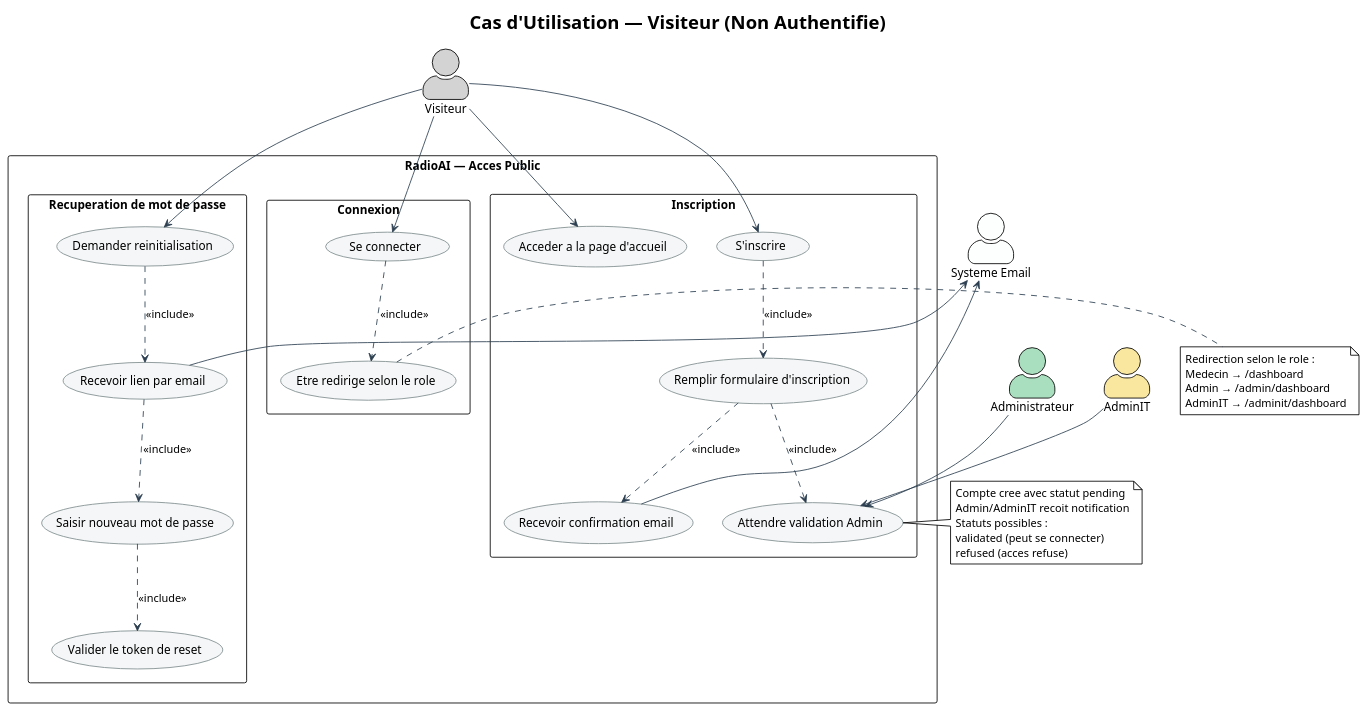
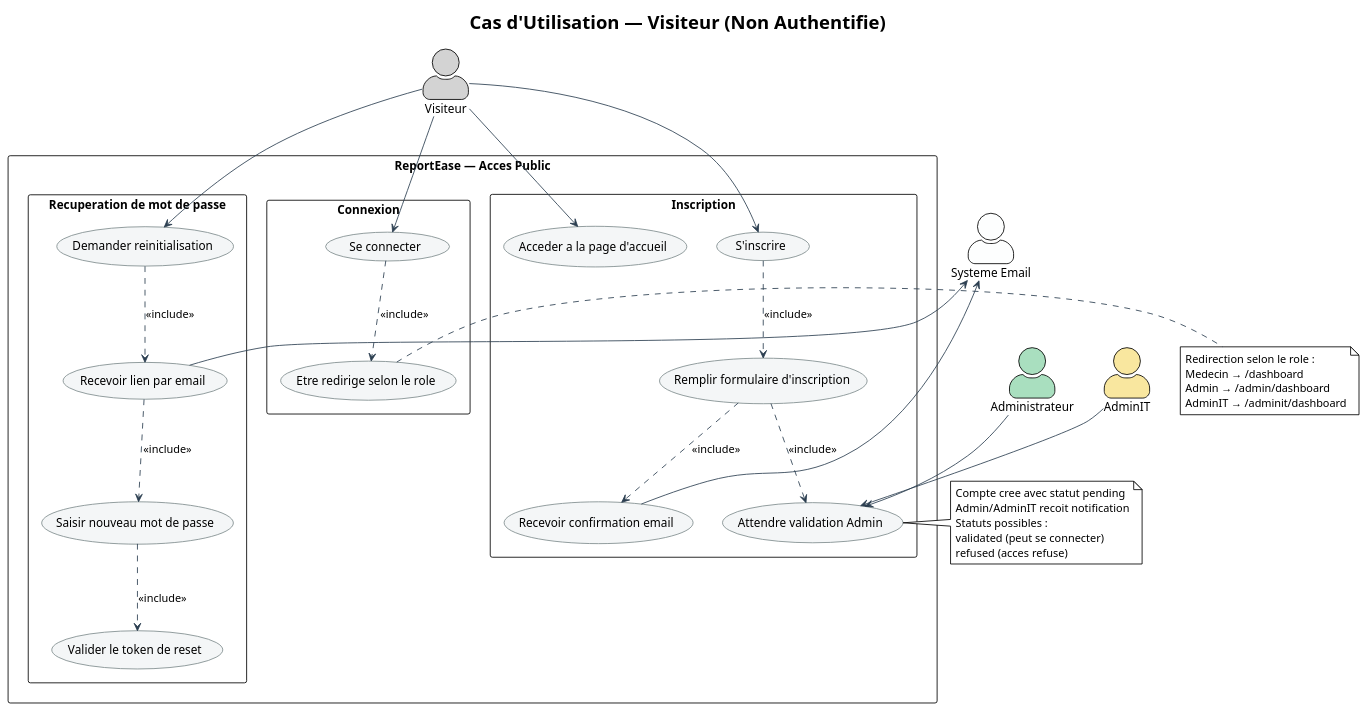
One commit to Ranimarif1/PFE_Apps changed the diagram in uml-diagrams/05_visiteur.puml. Above: the diagram before and after it, drawn with PlantUML. The commit also changed 40 other files, not shown here.

```diff
--- a/uml-diagrams/05_visiteur.puml
+++ b/uml-diagrams/05_visiteur.puml
@@ -1,75 +1,75 @@
-@startuml RadioAI_Visiteur
+@startuml ReportEase_Visiteur
 !theme plain
 skinparam actorStyle awesome
 skinparam packageStyle rectangle
 skinparam UsecaseBackgroundColor #F4F6F7
 skinparam UsecaseBorderColor #7F8C8D
 skinparam ArrowColor #2C3E50
 
 title Cas d'Utilisation — Visiteur (Non Authentifie)
 
 actor "Visiteur"       as V   #LightGray
 actor "Systeme Email"  as Email #FDFEFE
 actor "Administrateur" as A   #A9DFBF
 actor "AdminIT"        as IT  #F9E79F
 
-rectangle "RadioAI — Acces Public" {
+rectangle "ReportEase — Acces Public" {
 
   package "Inscription" {
     usecase "Acceder a la page d'accueil"      as UC_Home
     usecase "S'inscrire"                       as UC_Register
     usecase "Remplir formulaire d'inscription" as UC_FillForm
     usecase "Recevoir confirmation email"      as UC_ConfirmEmail
     usecase "Attendre validation Admin"        as UC_Wait
   }
 
   package "Connexion" {
     usecase "Se connecter"                     as UC_Login
     usecase "Etre redirige selon le role"      as UC_Redirect
   }
 
   package "Recuperation de mot de passe" {
     usecase "Demander reinitialisation"        as UC_ForgotPwd
     usecase "Recevoir lien par email"          as UC_PwdEmail
     usecase "Saisir nouveau mot de passe"      as UC_ResetPwd
     usecase "Valider le token de reset"        as UC_ValidateToken
   }
 }
 
 ' ─── Associations ────────────────────────────────────────
 V --> UC_Home
 V --> UC_Register
 V --> UC_Login
 V --> UC_ForgotPwd
 
 ' ─── Include / Extend ───────────────────────────────────
 UC_Register  ..> UC_FillForm      : <<include>>
 UC_FillForm  ..> UC_ConfirmEmail  : <<include>>
 UC_FillForm  ..> UC_Wait          : <<include>>
 UC_Login     ..> UC_Redirect      : <<include>>
 UC_ForgotPwd ..> UC_PwdEmail      : <<include>>
 UC_PwdEmail  ..> UC_ResetPwd      : <<include>>
 UC_ResetPwd  ..> UC_ValidateToken : <<include>>
 
 ' ─── Acteurs secondaires ────────────────────────────────
 Email <-- UC_ConfirmEmail
 Email <-- UC_PwdEmail
 A     --> UC_Wait
 IT    --> UC_Wait
 
 note right of UC_Wait
   Compte cree avec statut pending
   Admin/AdminIT recoit notification
   Statuts possibles :
   validated (peut se connecter)
   refused (acces refuse)
 end note
 
 note right of UC_Redirect
   Redirection selon le role :
   Medecin → /dashboard
   Admin → /admin/dashboard
   AdminIT → /adminit/dashboard
 end note
 
 @enduml
```
